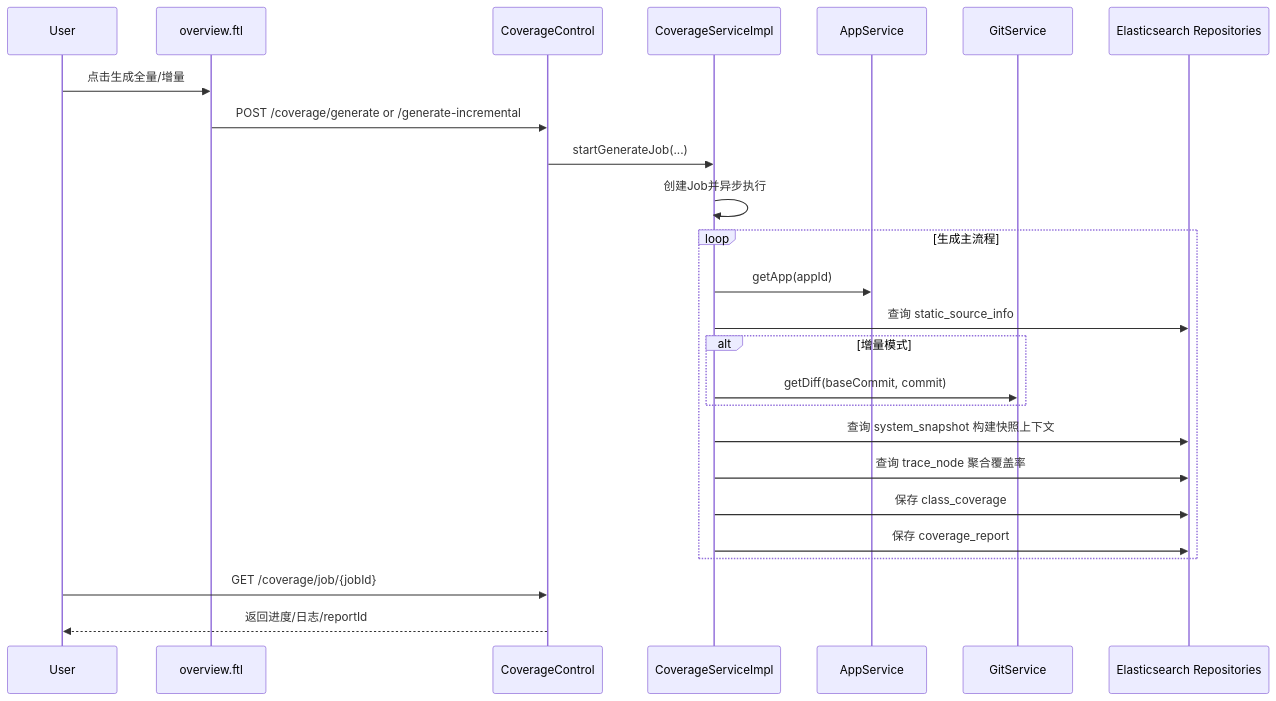
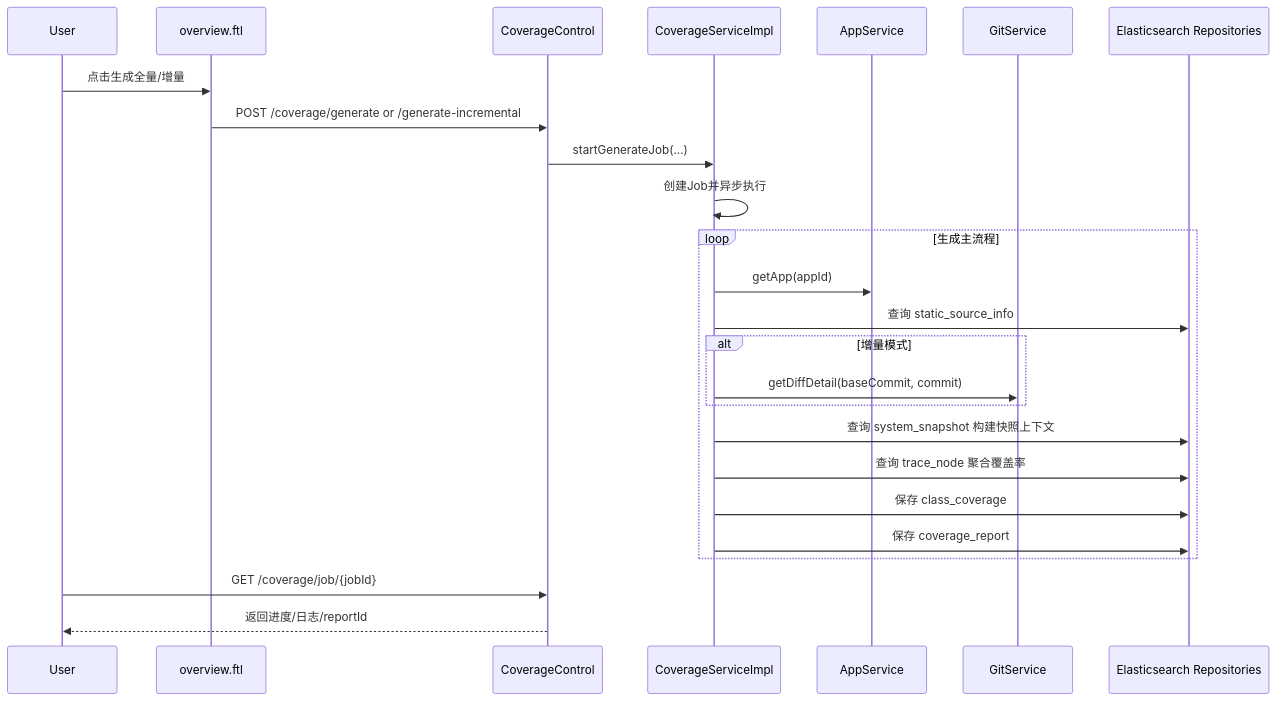
One commit to 000xiaoxiao000/oAccurateTest changed the tenth of 10 diagrams in oAT-service/oAT-service-web/README-coverage-architecture.md. Above: the diagram before and after it, drawn with Mermaid. The commit also changed other lines of this file and 19 other files, not shown here.

````diff
--- a/oAT-service/oAT-service-web/README-coverage-architecture.md
+++ b/oAT-service/oAT-service-web/README-coverage-architecture.md
@@ -322,30 +322,30 @@
 ```mermaid
 sequenceDiagram
   participant User
   participant UI as overview.ftl
   participant Ctrl as CoverageControl
   participant Svc as CoverageServiceImpl
   participant App as AppService
   participant Git as GitService
   participant ES as Elasticsearch Repositories
 
   User->>UI: 点击生成全量/增量
   UI->>Ctrl: POST /coverage/generate or /generate-incremental
   Ctrl->>Svc: startGenerateJob(...)
   Svc->>Svc: 创建Job并异步执行
 
   loop 生成主流程
     Svc->>App: getApp(appId)
     Svc->>ES: 查询 static_source_info
     alt 增量模式
-      Svc->>Git: getDiff(baseCommit, commit)
+      Svc->>Git: getDiffDetail(baseCommit, commit)
     end
     Svc->>ES: 查询 system_snapshot 构建快照上下文
     Svc->>ES: 查询 trace_node 聚合覆盖率
     Svc->>ES: 保存 class_coverage
     Svc->>ES: 保存 coverage_report
   end
 
   User->>Ctrl: GET /coverage/job/{jobId}
   Ctrl-->>User: 返回进度/日志/reportId
 ```
````
